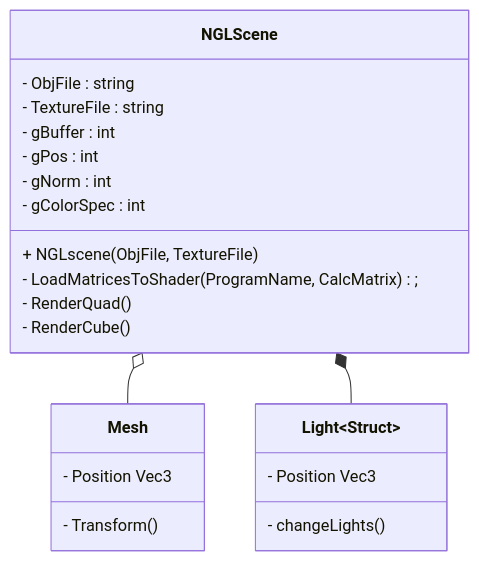
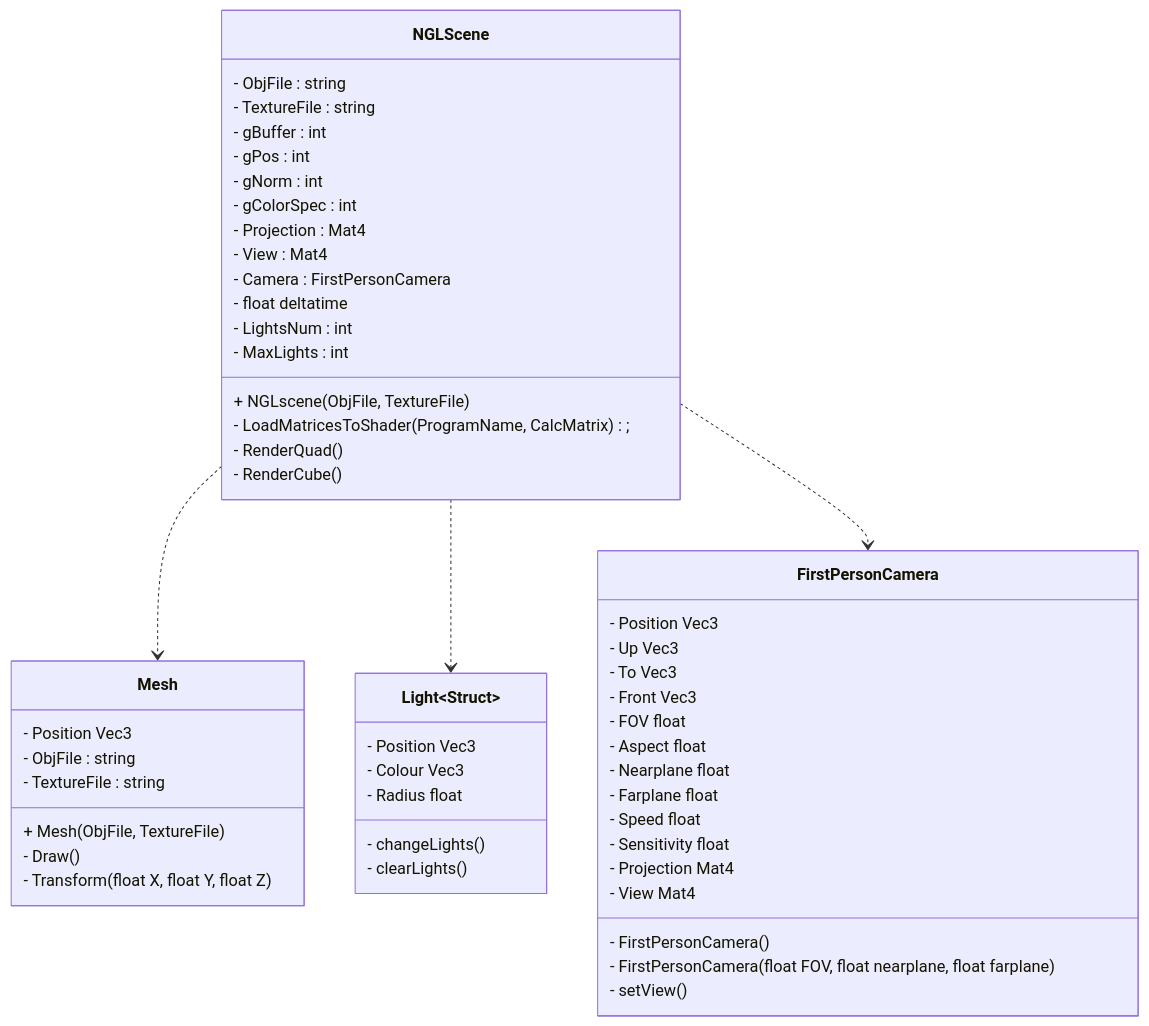
Before and after one commit to HarryTombs/Deffered-Shading-: the second of 2 diagrams in README.md, drawn with Mermaid. The commit also changed other lines of this file, not shown here.

````diff
--- a/README.md
+++ b/README.md
@@ -43,34 +48,64 @@
 ```mermaid
 classDiagram
 class NGLScene{
 - ObjFile : string
 - TextureFile : string
 - gBuffer : int
 - gPos : int
 - gNorm : int
 - gColorSpec : int
-
-
+- Projection : Mat4
+- View : Mat4
+- Camera : FirstPersonCamera
+- float deltatime
+- LightsNum : int
+- MaxLights : int
 
 + NGLscene(ObjFile, TextureFile)
 - LoadMatricesToShader(ProgramName, CalcMatrix);
 - RenderQuad()
 - RenderCube()
 }
 
 class Mesh{
 - Position Vec3
-- Transform()
+- ObjFile : string
+- TextureFile : string
++ Mesh(ObjFile, TextureFile)
+- Draw()
+- Transform(float X, float Y, float Z)
 
 }
 class Light~Struct~{
 - Position Vec3
+- Colour Vec3
+- Radius float
 - changeLights()
+- clearLights()
 
 }
+class FirstPersonCamera{
+- Position Vec3
+- Up Vec3
+- To Vec3
+- Front Vec3
+- FOV float
+- Aspect float
+- Nearplane float 
+- Farplane float 
+- Speed float
+- Sensitivity float
+- Projection Mat4
+- View Mat4
+- FirstPersonCamera()
+- FirstPersonCamera(float FOV, float nearplane, float farplane)
+- setView()
+}
 
-NGLScene o-- Mesh
-NGLScene *-- Light
+NGLScene ..> Mesh
+NGLScene ..> Light
+NGLScene ..> FirstPersonCamera
+
 
 
 ```
````
